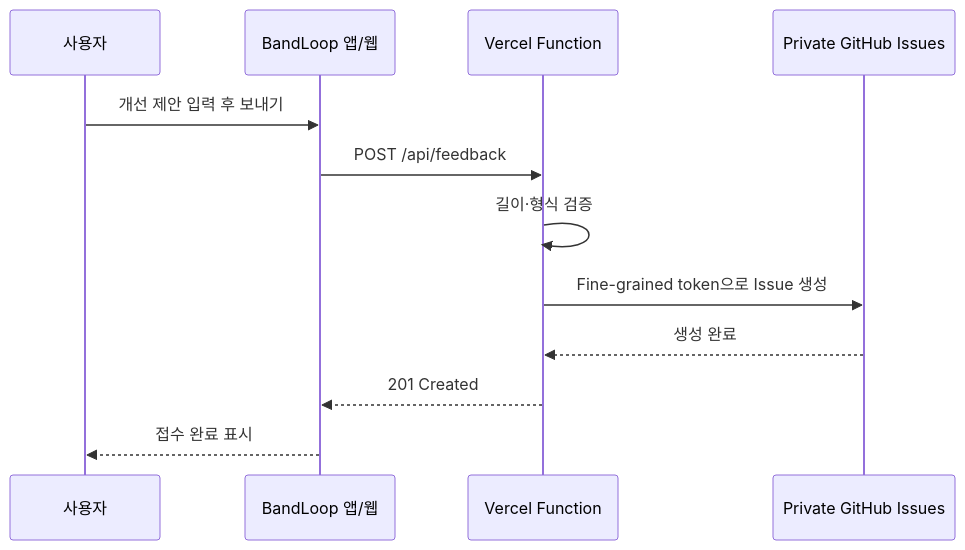
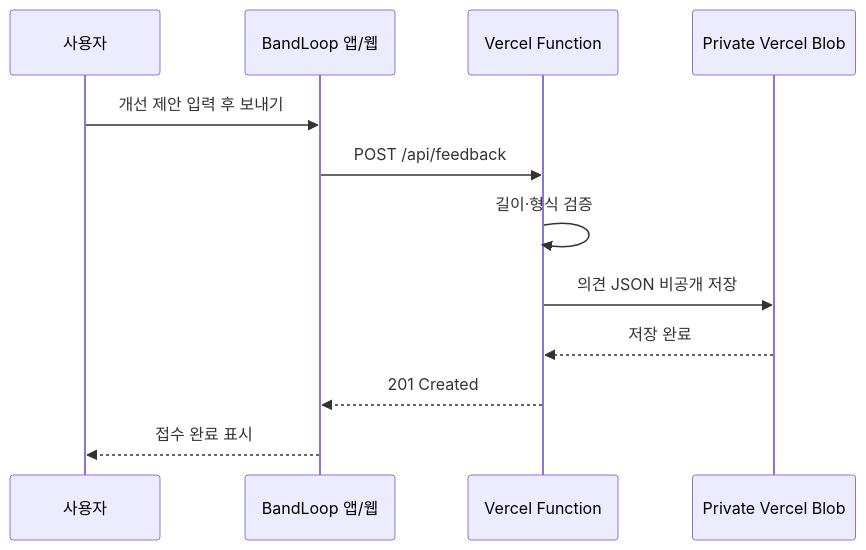
Before and after one commit to toranan/BandLoop: the diagram in docs/ARCHITECTURE.md, drawn with Mermaid. The commit also changed other lines of this file and 8 other files, not shown here.

Commit message:
feat: store feedback in private Vercel Blob

````diff
--- a/docs/ARCHITECTURE.md
+++ b/docs/ARCHITECTURE.md
@@ -57,14 +57,14 @@
 ```mermaid
 sequenceDiagram
     participant User as 사용자
     participant App as BandLoop 앱/웹
     participant API as Vercel Function
-    participant GitHub as Private GitHub Issues
+    participant Storage as Private Vercel Blob
     User->>App: 개선 제안 입력 후 보내기
     App->>API: POST /api/feedback
     API->>API: 길이·형식 검증
-    API->>GitHub: Fine-grained token으로 Issue 생성
-    GitHub-->>API: 생성 완료
+    API->>Storage: 의견 JSON 비공개 저장
+    Storage-->>API: 저장 완료
     API-->>App: 201 Created
     App-->>User: 접수 완료 표시
 ```
````
